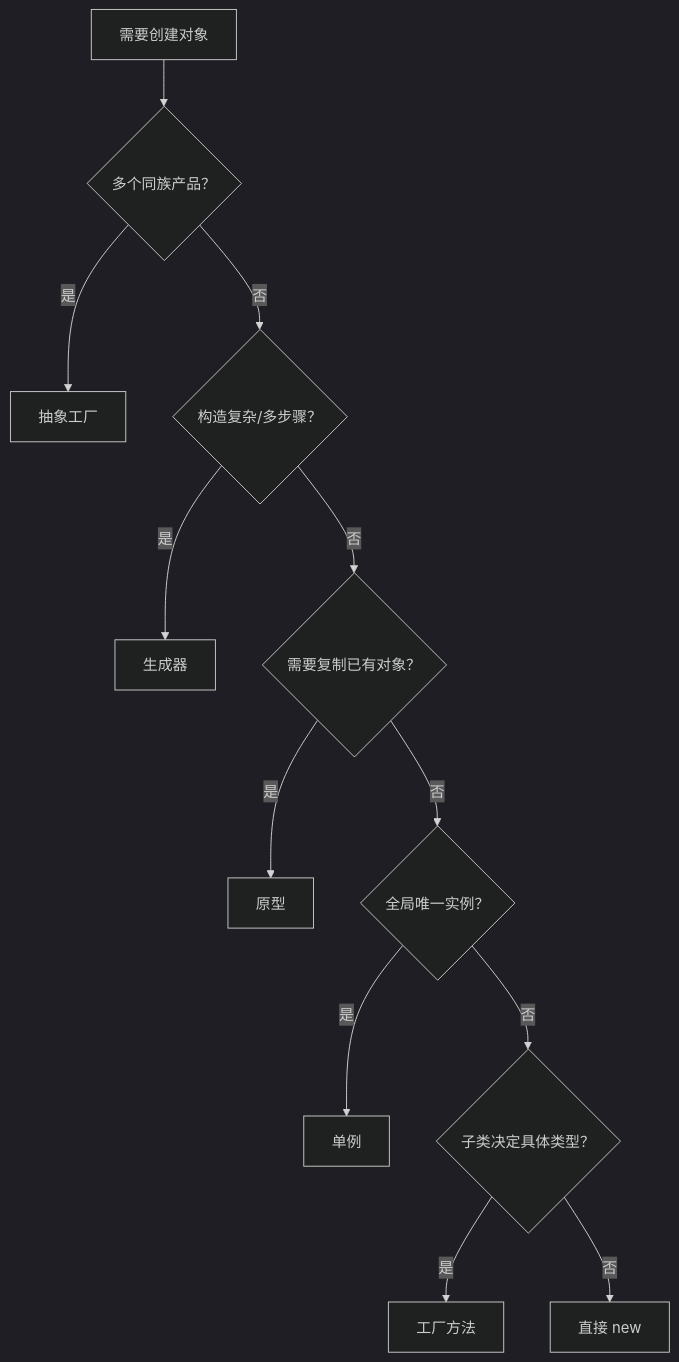
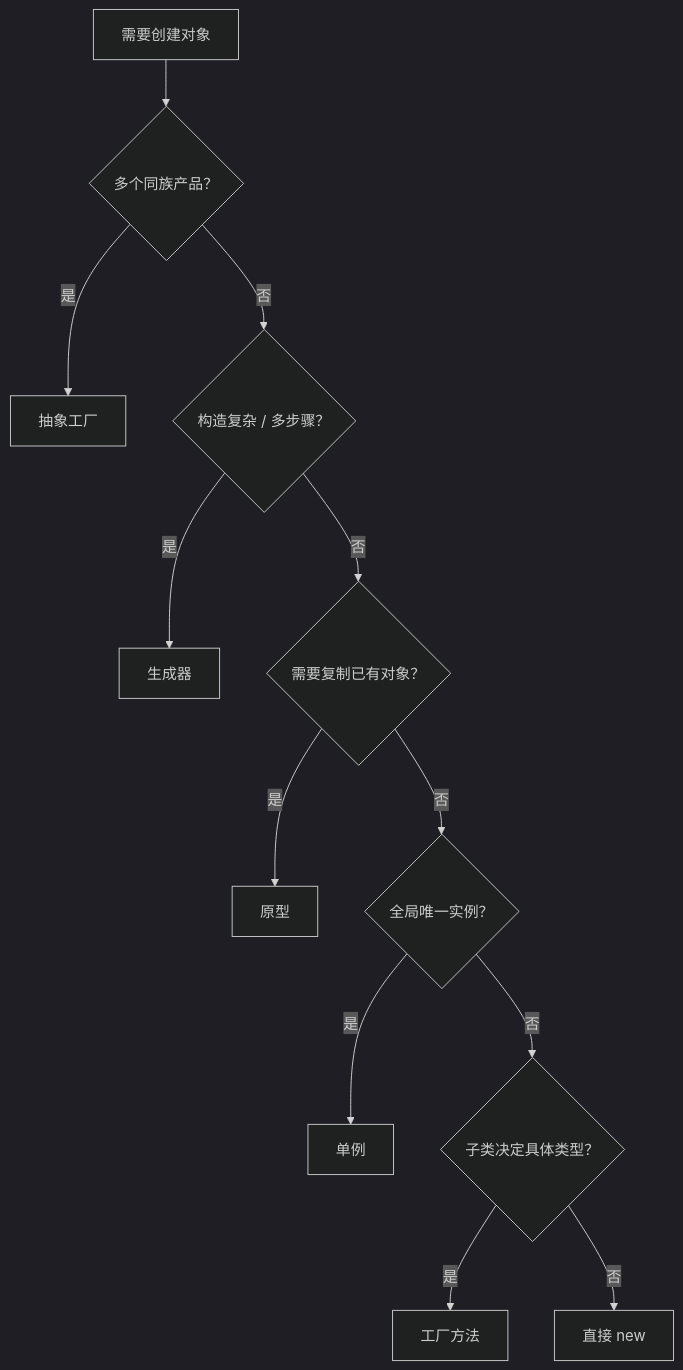
One commit to minijb/Wiki changed the sixth of 6 diagrams in raw/cs/design-patterns/creational-patterns.md. Above: the diagram before and after it, drawn with Mermaid (dark theme). The commit also changed other lines of this file and 962 other files, not shown here.

````diff
--- a/raw/cs/design-patterns/creational-patterns.md
+++ b/raw/cs/design-patterns/creational-patterns.md
@@ -709,14 +894,14 @@
 ```mermaid
 graph TD
     Start[需要创建对象] --> Q1{多个同族产品？}
     Q1 -->|是| AbstractFactory[抽象工厂]
-    Q1 -->|否| Q2{构造复杂/多步骤？}
+    Q1 -->|否| Q2{构造复杂 / 多步骤？}
     Q2 -->|是| Builder[生成器]
     Q2 -->|否| Q3{需要复制已有对象？}
     Q3 -->|是| Prototype[原型]
     Q3 -->|否| Q4{全局唯一实例？}
     Q4 -->|是| Singleton[单例]
     Q4 -->|否| Q5{子类决定具体类型？}
     Q5 -->|是| FactoryMethod[工厂方法]
     Q5 -->|否| DirectNew[直接 new]
 ```
````
